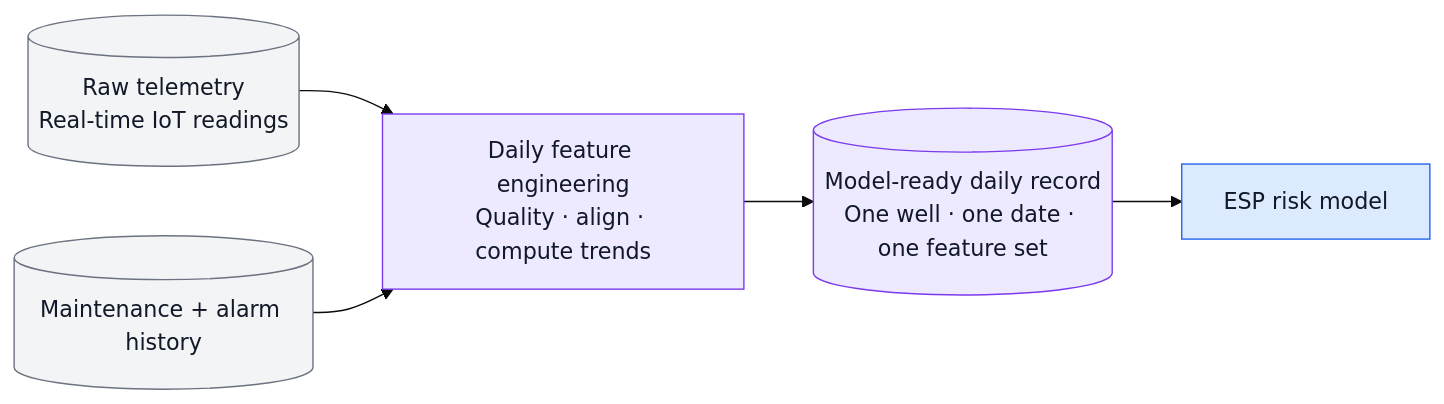
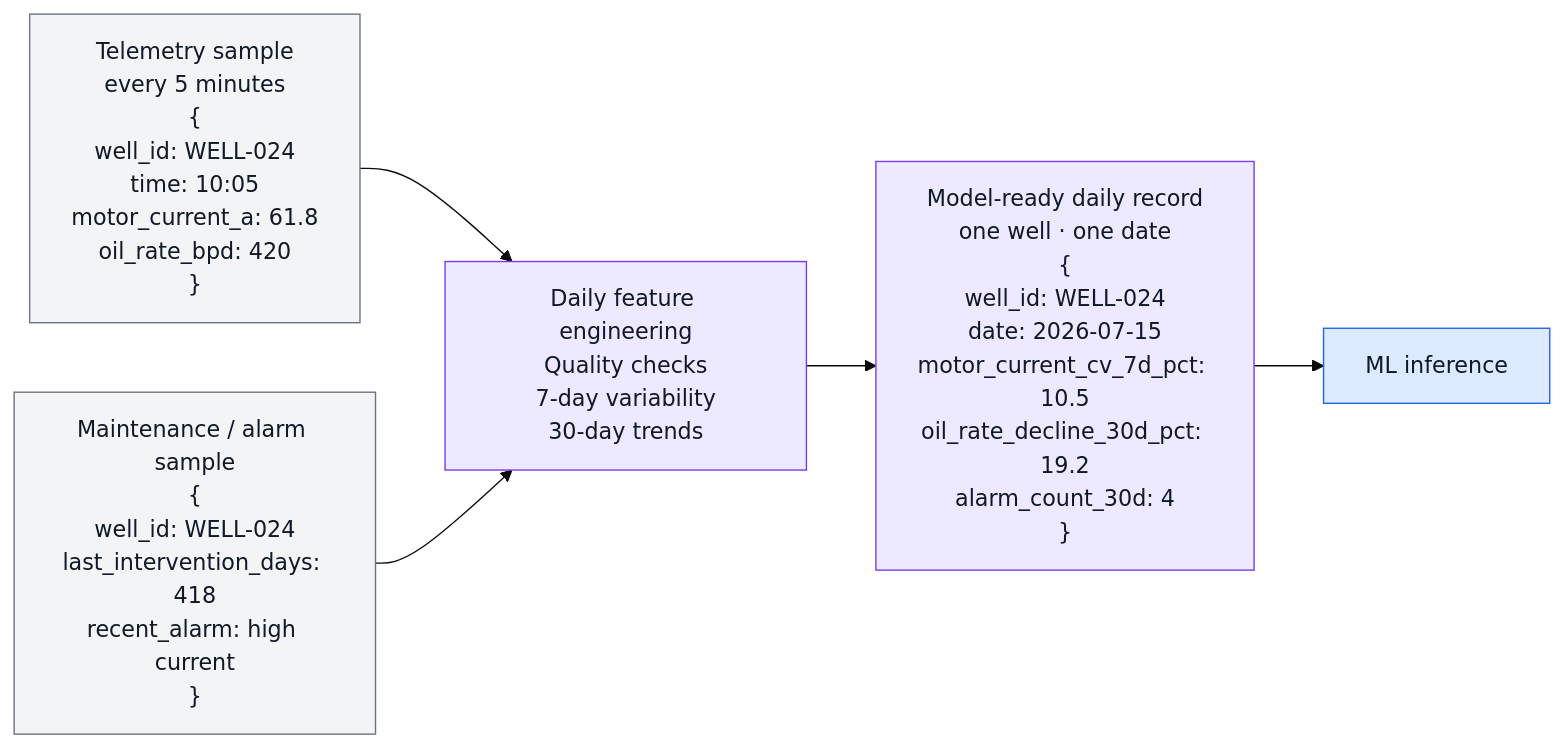
Before and after one commit to fmlin0429712024/industrial-operations-ai-poc: the second of 2 diagrams in README.md, drawn with Mermaid (base theme). The commit also changed other lines of this file, not shown here.

Commit message:
Show data transformation with pseudo JSON samples

````diff
--- a/README.md
+++ b/README.md
@@ -40,14 +40,14 @@
 ```mermaid
 flowchart LR
-    A[("Raw telemetry<br/>Real-time IoT readings")] --> B["Daily feature engineering<br/>Quality · align · compute trends"]
-    M[("Maintenance + alarm history")] --> B
-    B --> C[("Model-ready daily record<br/>One well · one date · one feature set")]
-    C --> D["ESP risk model"]
+    A["Telemetry sample<br/>every 5 minutes<br/>{<br/>well_id: WELL-024<br/>time: 10:05<br/>motor_current_a: 61.8<br/>oil_rate_bpd: 420<br/>}"] --> T["Daily feature engineering<br/>Quality checks<br/>7-day variability<br/>30-day trends"]
+    M["Maintenance / alarm sample<br/>{<br/>well_id: WELL-024<br/>last_intervention_days: 418<br/>recent_alarm: high current<br/>}"] --> T
+    T --> C["Model-ready daily record<br/>one well · one date<br/>{<br/>well_id: WELL-024<br/>date: 2026-07-15<br/>motor_current_cv_7d_pct: 10.5<br/>oil_rate_decline_30d_pct: 19.2<br/>alarm_count_30d: 4<br/>}"]
+    C --> D["ML inference"]
 
-    classDef raw fill:#f3f4f6,stroke:#6b7280,color:#111827;
-    classDef feature fill:#ede9fe,stroke:#7c3aed,color:#111827;
+    classDef source fill:#f3f4f6,stroke:#6b7280,color:#111827;
+    classDef transform fill:#ede9fe,stroke:#7c3aed,color:#111827;
     classDef model fill:#dbeafe,stroke:#2563eb,color:#111827;
-    class A,M raw;
-    class B,C feature;
+    class A,M source;
+    class T,C transform;
     class D model;
 ```
````
